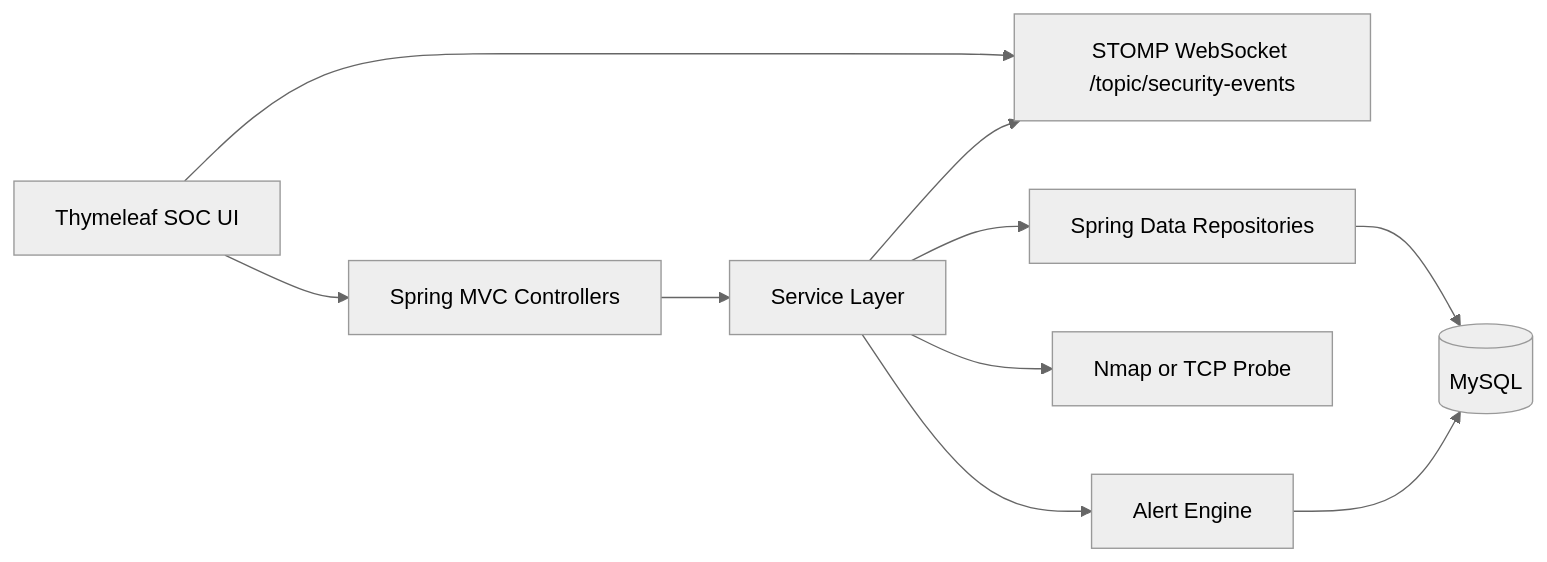
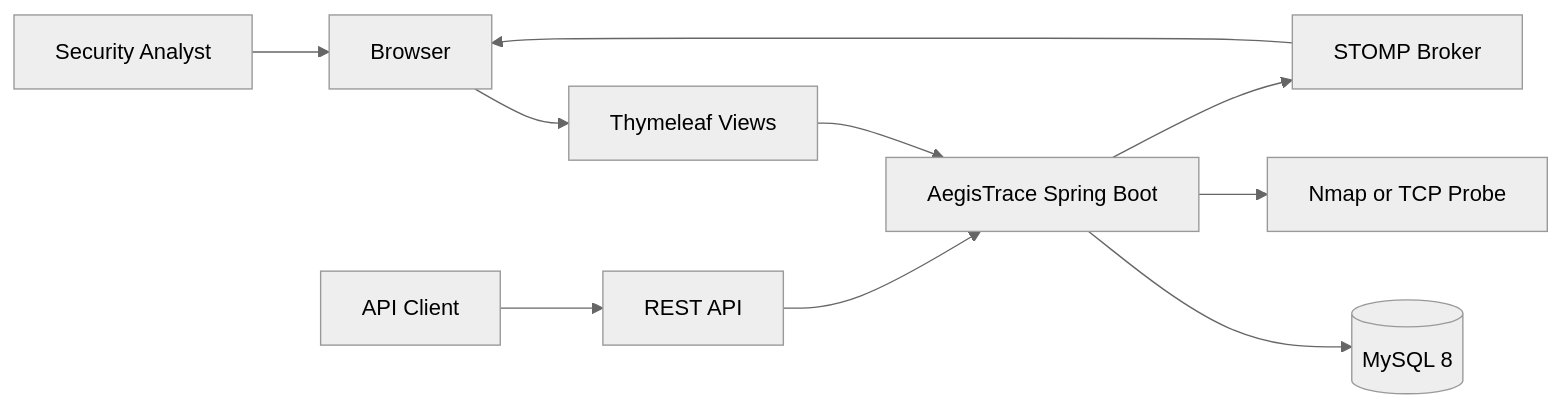
One commit to Vaishnavi-Anamalamudi/AegisTrace changed the first of 5 diagrams in docs/architecture.md. Above: the diagram before and after it, drawn with Mermaid (neutral theme). The commit also changed other lines of this file and 81 other files, not shown here.

````diff
--- a/docs/architecture.md
+++ b/docs/architecture.md
@@ -5,12 +7,12 @@
 ```mermaid
 flowchart LR
-    Browser[Thymeleaf SOC UI] --> Controllers[Spring MVC Controllers]
-    Browser --> WebSocket[STOMP WebSocket /topic/security-events]
-    Controllers --> Services[Service Layer]
-    Services --> Repositories[Spring Data Repositories]
-    Repositories --> MySQL[(MySQL)]
-    Services --> Nmap[Nmap or TCP Probe]
-    Services --> Alerts[Alert Engine]
-    Alerts --> MySQL
-    Services --> WebSocket
+    Analyst[Security Analyst] --> Browser[Browser]
+    Browser --> UI[Thymeleaf Views]
+    Integrator[API Client] --> API[REST API]
+    UI --> App[AegisTrace Spring Boot]
+    API --> App
+    App --> MySQL[(MySQL 8)]
+    App --> Scanner[Nmap or TCP Probe]
+    App --> WebSocket[STOMP Broker]
+    WebSocket --> Browser
 ```
````
